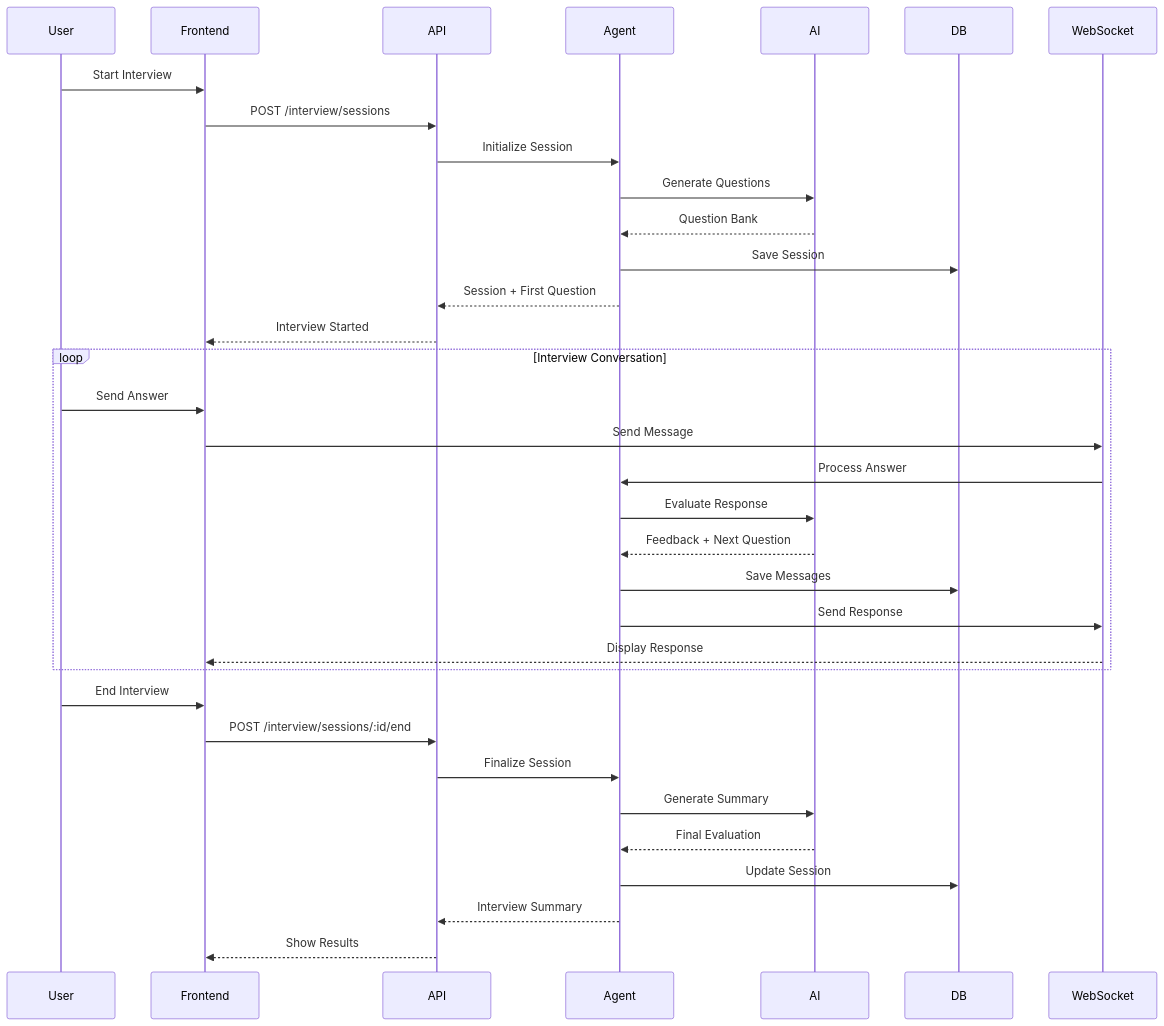
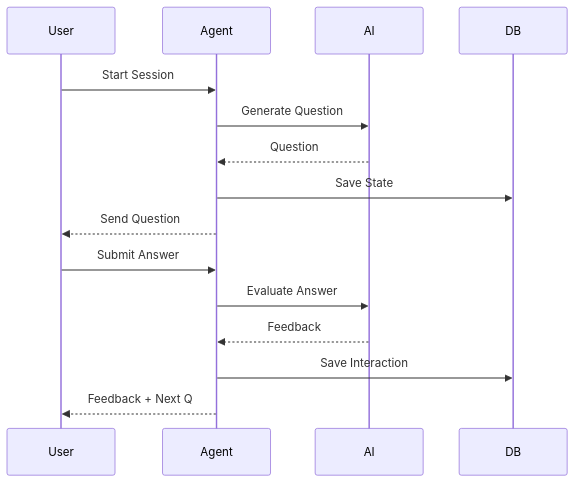
Before and after one commit to xuanyiying/IntervAI: the fifth of 6 diagrams in docs/architecture/system-architecture.md, drawn with Mermaid. The commit also changed other lines of this file and 5 other files, not shown here.

First line of the commit message:
docs: update documentation structure and system architecture

````diff
--- a/docs/architecture/system-architecture.md
+++ b/docs/architecture/system-architecture.md
@@ -286,39 +110,19 @@
 ```mermaid
 sequenceDiagram
     participant User
-    participant Frontend
-    participant API
     participant Agent
     participant AI
     participant DB
-    participant WebSocket
 
-    User->>Frontend: Start Interview
-    Frontend->>API: POST /interview/sessions
-    API->>Agent: Initialize Session
-    Agent->>AI: Generate Questions
-    AI-->>Agent: Question Bank
-    Agent->>DB: Save Session
-    Agent-->>API: Session + First Question
-    API-->>Frontend: Interview Started
+    User->>Agent: Start Session
+    Agent->>AI: Generate Question
+    AI-->>Agent: Question
+    Agent->>DB: Save State
+    Agent-->>User: Send Question
 
-    loop Interview Conversation
-        User->>Frontend: Send Answer
-        Frontend->>WebSocket: Send Message
-        WebSocket->>Agent: Process Answer
-        Agent->>AI: Evaluate Response
-        AI-->>Agent: Feedback + Next Question
-        Agent->>DB: Save Messages
-        Agent->>WebSocket: Send Response
-        WebSocket-->>Frontend: Display Response
-    end
-
-    User->>Frontend: End Interview
-    Frontend->>API: POST /interview/sessions/:id/end
-    API->>Agent: Finalize Session
-    Agent->>AI: Generate Summary
-    AI-->>Agent: Final Evaluation
-    Agent->>DB: Update Session
-    Agent-->>API: Interview Summary
-    API-->>Frontend: Show Results
+    User->>Agent: Submit Answer
+    Agent->>AI: Evaluate Answer
+    AI-->>Agent: Feedback
+    Agent->>DB: Save Interaction
+    Agent-->>User: Feedback + Next Q
 ```
````
